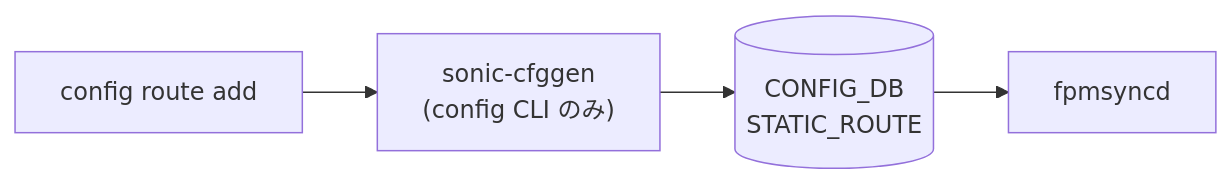
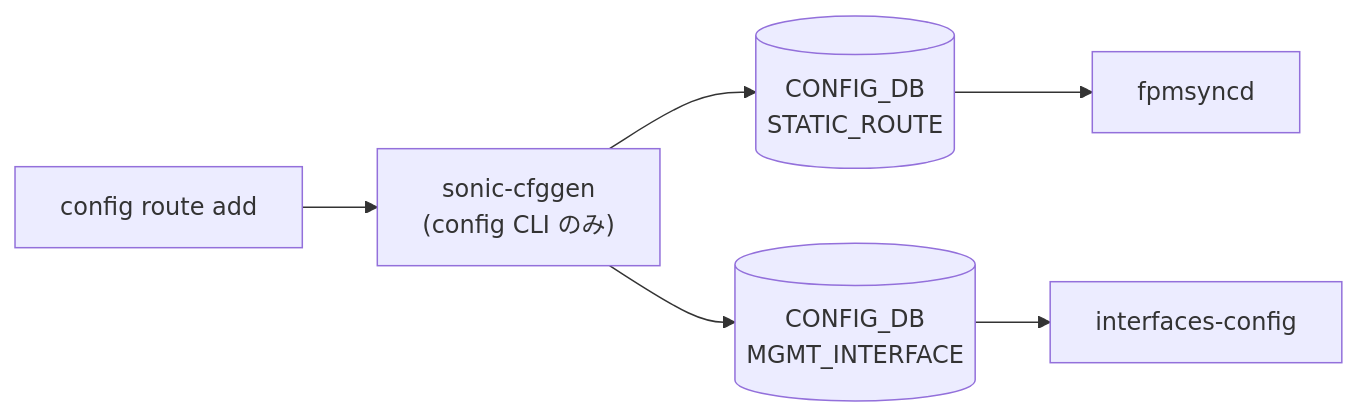
One commit to aoki-taquan/sonic-unofficial-docs changed the diagram in docs/reference/cli/config-default-route.md. Above: the diagram before and after it, drawn with Mermaid. The commit also changed 76 other files, not shown here.

First line of the commit message:
chore: expand CDB/CLI mermaid coverage to 119/122 and 52/73

````diff
--- a/docs/reference/cli/config-default-route.md
+++ b/docs/reference/cli/config-default-route.md
@@ -97,10 +97,14 @@
 ```mermaid
 flowchart LR
   CLI["config route add"]
   SC["sonic-cfggen<br/>(config CLI のみ)"]
   CLI --> SC
   CDB0[("CONFIG_DB<br/>STATIC_ROUTE")]
   SC --> CDB0
   DM0["fpmsyncd"]
   CDB0 --> DM0
+  CDB1[("CONFIG_DB<br/>MGMT_INTERFACE")]
+  SC --> CDB1
+  DM1["interfaces-config"]
+  CDB1 --> DM1
 ```
````
